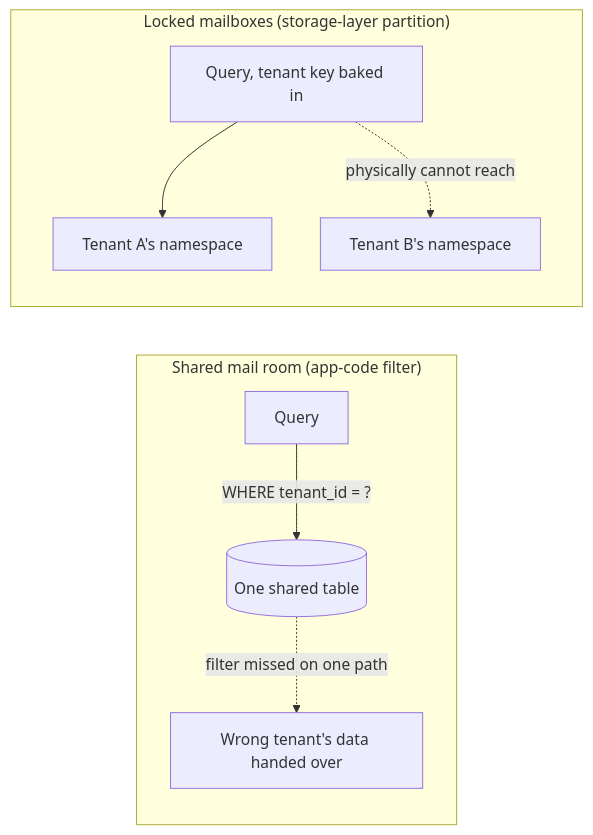
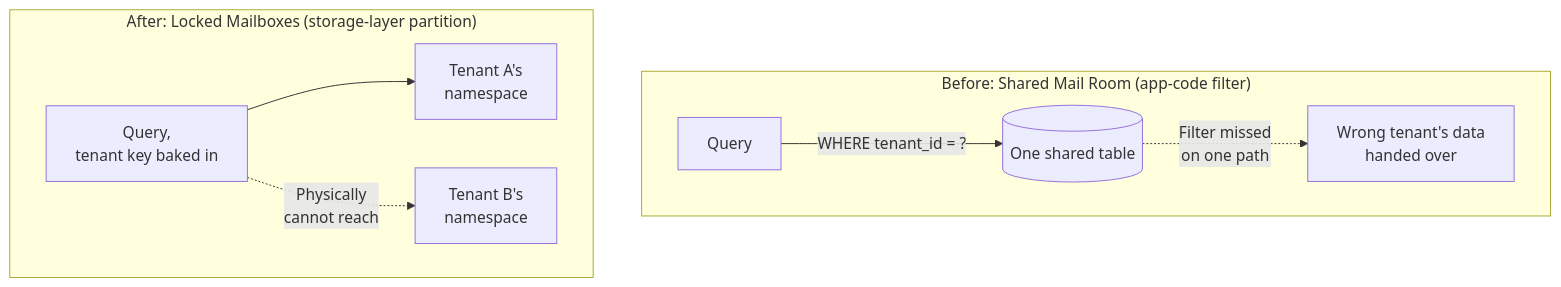
Before and after one commit to riyaz-pasha/Learnings: the tenth of 13 diagrams in system-design/HLD/0-course/45-Design-an-AI-Code-Assistant-FAANG-Guide-story.md, drawn with Mermaid. The commit also changed other lines of this file and 1 other file, not shown here.

Commit message:
[REWRITE] AI Code Assistant story guide: simplify prose, add structure, fix diagrams

````diff
--- a/system-design/HLD/0-course/45-Design-an-AI-Code-Assistant-FAANG-Guide-story.md
+++ b/system-design/HLD/0-course/45-Design-an-AI-Code-Assistant-FAANG-Guide-story.md
@@ -423,11 +631,12 @@
 ```mermaid
-flowchart LR
-    subgraph Before["Shared mail room (app-code filter)"]
+flowchart TB
+    subgraph Before["Before: Shared Mail Room (app-code filter)"]
         Q1["Query"] -->|"WHERE tenant_id = ?"| T[("One shared table")]
-        T -.->|"filter missed on one path"| Leak["Wrong tenant's data handed over"]
+        T -.->|"Filter missed<br/>on one path"| Leak["Wrong tenant's data<br/>handed over"]
     end
-    subgraph After["Locked mailboxes (storage-layer partition)"]
-        Q2["Query, tenant key baked in"] --> NS["Tenant A's namespace"]
-        Q2 -.->|"physically cannot reach"| NS2["Tenant B's namespace"]
+
+    subgraph After["After: Locked Mailboxes (storage-layer partition)"]
+        Q2["Query,<br/>tenant key baked in"] --> NS["Tenant A's<br/>namespace"]
+        Q2 -.->|"Physically<br/>cannot reach"| NS2["Tenant B's<br/>namespace"]
     end
 ```
````
